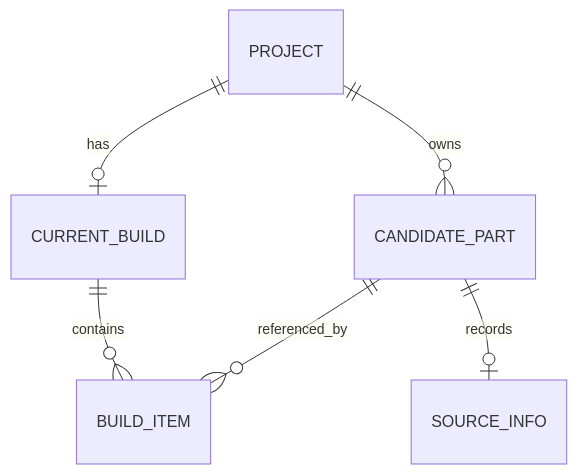
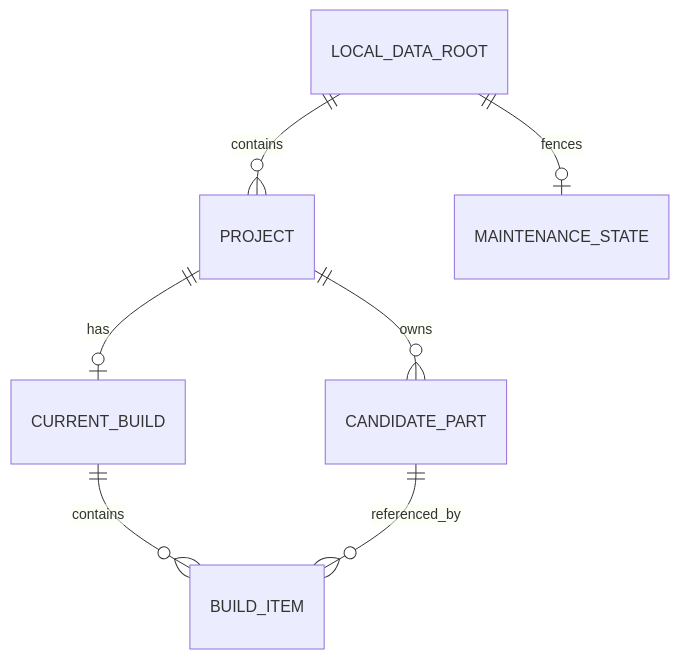
Before and after one commit to Huruikagi/pc-build-planner: the fourth of 4 diagrams in .kiro/specs/local-data-foundation/design.md, drawn with Mermaid. The commit also changed other lines of this file and 4 other files, not shown here.

Commit message:
docs(local-data-foundation): 設計と実装計画を更新する

````diff
--- a/.kiro/specs/local-data-foundation/design.md
+++ b/.kiro/specs/local-data-foundation/design.md
@@ -221,8 +376,9 @@
 ```mermaid
 erDiagram
+    LOCAL_DATA_ROOT ||--o{ PROJECT : contains
+    LOCAL_DATA_ROOT ||--o| MAINTENANCE_STATE : fences
     PROJECT ||--o{ CANDIDATE_PART : owns
     PROJECT ||--o| CURRENT_BUILD : has
     CURRENT_BUILD ||--o{ BUILD_ITEM : contains
     CANDIDATE_PART ||--o{ BUILD_ITEM : referenced_by
-    CANDIDATE_PART ||--o| SOURCE_INFO : records
 ```
````
